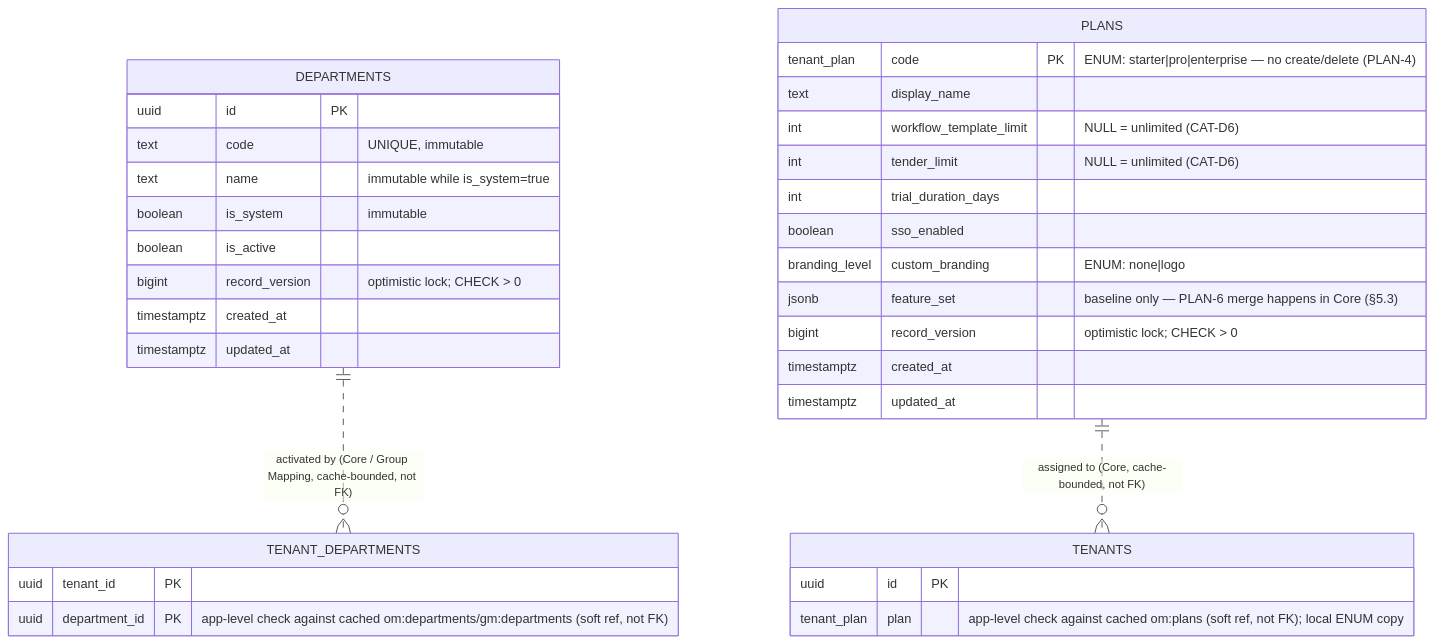
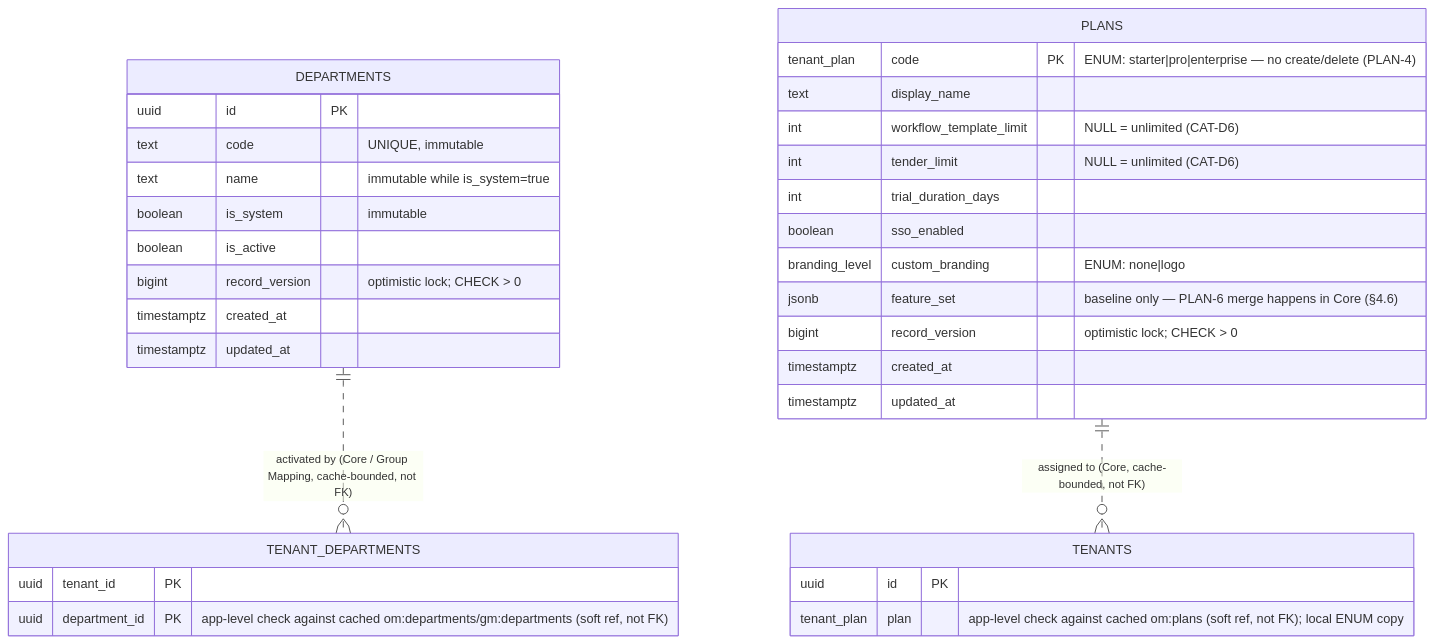
Before and after one commit to BCBP-SOLUTIONS-FZC-LLC/iam-catalog-admin: the second of 13 diagrams in docs/lld/iam-lld-catalog-admin-config-service.md, drawn with Mermaid. The commit also changed other lines of this file, not shown here.

````diff
--- a/docs/lld/iam-lld-catalog-admin-config-service.md
+++ b/docs/lld/iam-lld-catalog-admin-config-service.md
@@ -288,40 +413,40 @@
 ```mermaid
 erDiagram
     DEPARTMENTS {
         uuid id PK
         text code "UNIQUE, immutable"
         text name "immutable while is_system=true"
         boolean is_system "immutable"
         boolean is_active
         bigint record_version "optimistic lock; CHECK > 0"
         timestamptz created_at
         timestamptz updated_at
     }
 
     PLANS {
         tenant_plan code PK "ENUM: starter|pro|enterprise — no create/delete (PLAN-4)"
         text display_name
         int workflow_template_limit "NULL = unlimited (CAT-D6)"
         int tender_limit "NULL = unlimited (CAT-D6)"
         int trial_duration_days
         boolean sso_enabled
         branding_level custom_branding "ENUM: none|logo"
-        jsonb feature_set "baseline only — PLAN-6 merge happens in Core (§5.3)"
+        jsonb feature_set "baseline only — PLAN-6 merge happens in Core (§4.6)"
         bigint record_version "optimistic lock; CHECK > 0"
         timestamptz created_at
         timestamptz updated_at
     }
 
     TENANT_DEPARTMENTS {
         uuid tenant_id PK
         uuid department_id PK "app-level check against cached om:departments/gm:departments (soft ref, not FK)"
     }
 
     TENANTS {
         uuid id PK
         tenant_plan plan "app-level check against cached om:plans (soft ref, not FK); local ENUM copy"
     }
 
     DEPARTMENTS ||..o{ TENANT_DEPARTMENTS : "activated by (Core / Group Mapping, cache-bounded, not FK)"
     PLANS ||..o{ TENANTS : "assigned to (Core, cache-bounded, not FK)"
 ```
````
